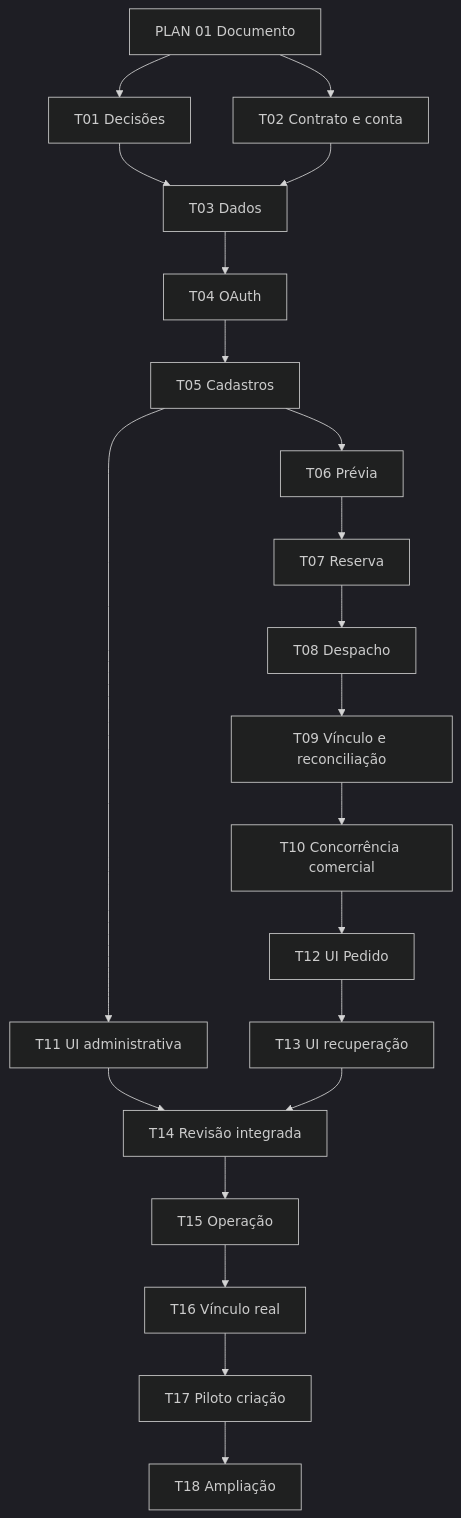
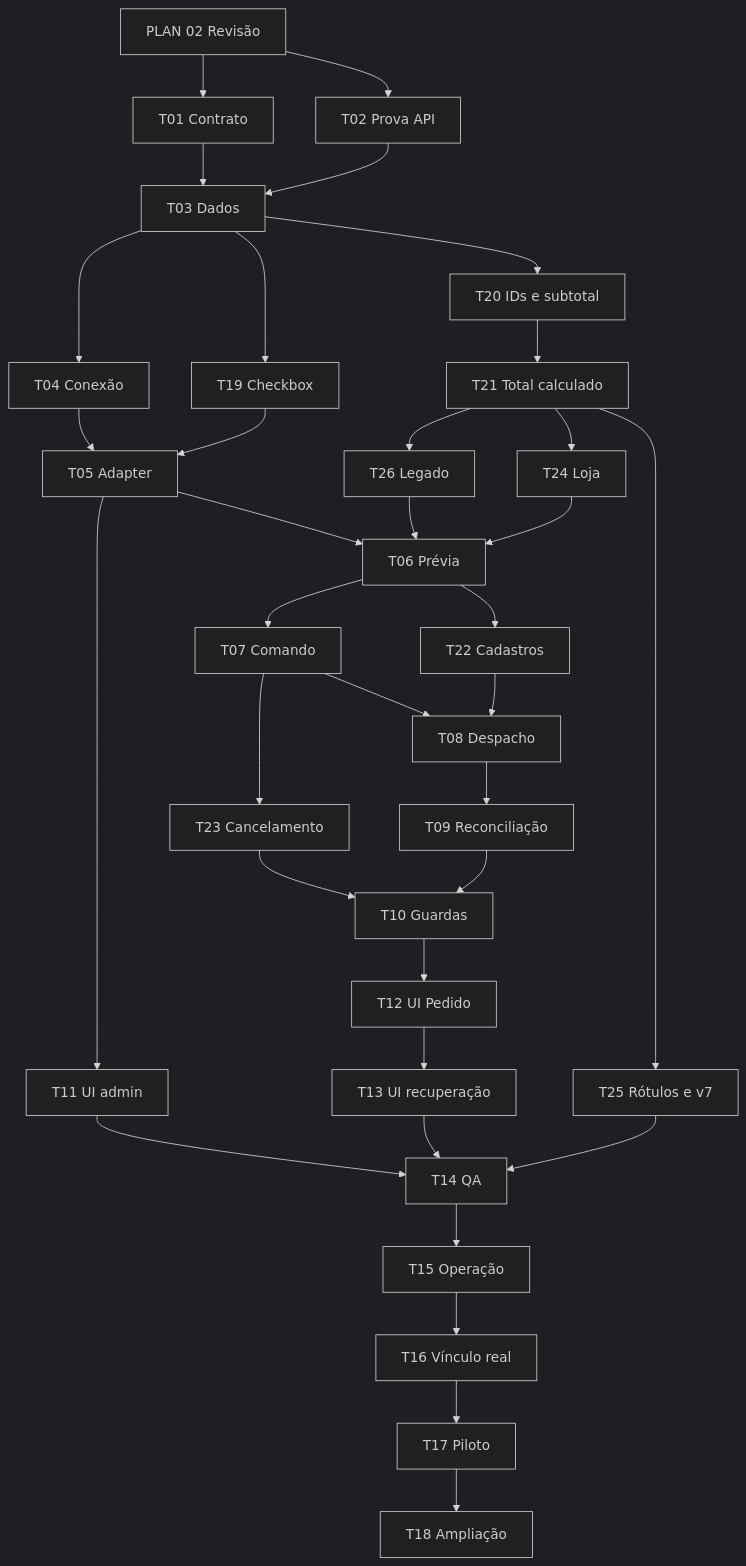
One commit to romulosutil/crm-silmer changed the second of 2 diagrams in docs/rfc/044-geracao-assistida-de-pedidos-no-olist.md. Above: the diagram before and after it, drawn with Mermaid (dark theme). The commit also changed other lines of this file and 11 other files, not shown here.

````diff
--- a/docs/rfc/044-geracao-assistida-de-pedidos-no-olist.md
+++ b/docs/rfc/044-geracao-assistida-de-pedidos-no-olist.md
@@ -655,23 +822,37 @@
 ```mermaid
 flowchart TD
-    PLAN[PLAN 01 Documento] --> T01[T01 Decisões]
-    PLAN --> T02[T02 Contrato e conta]
+    PLAN[PLAN 02 Revisão] --> T01[T01 Contrato]
+    PLAN --> T02[T02 Prova API]
     T01 --> T03[T03 Dados]
     T02 --> T03
-    T03 --> T04[T04 OAuth]
-    T04 --> T05[T05 Cadastros]
+    T03 --> T04[T04 Conexão]
+    T03 --> T19[T19 Checkbox]
+    T04 --> T05[T05 Adapter]
+    T19 --> T05
+    T03 --> T20[T20 IDs e subtotal]
+    T20 --> T21[T21 Total calculado]
+    T21 --> T26[T26 Legado]
+    T21 --> T24[T24 Loja]
     T05 --> T06[T06 Prévia]
-    T06 --> T07[T07 Reserva]
+    T26 --> T06
+    T24 --> T06
+    T06 --> T22[T22 Cadastros]
+    T06 --> T07[T07 Comando]
     T07 --> T08[T08 Despacho]
-    T08 --> T09[T09 Vínculo e reconciliação]
-    T09 --> T10[T10 Concorrência comercial]
-    T05 --> T11[T11 UI administrativa]
+    T22 --> T08
+    T08 --> T09[T09 Reconciliação]
+    T07 --> T23[T23 Cancelamento]
+    T23 --> T10[T10 Guardas]
+    T09 --> T10
+    T05 --> T11[T11 UI admin]
     T10 --> T12[T12 UI Pedido]
     T12 --> T13[T13 UI recuperação]
-    T11 --> T14[T14 Revisão integrada]
+    T21 --> T25[T25 Rótulos e v7]
+    T11 --> T14[T14 QA]
     T13 --> T14
+    T25 --> T14
     T14 --> T15[T15 Operação]
     T15 --> T16[T16 Vínculo real]
-    T16 --> T17[T17 Piloto criação]
+    T16 --> T17[T17 Piloto]
     T17 --> T18[T18 Ampliação]
 ```
````
